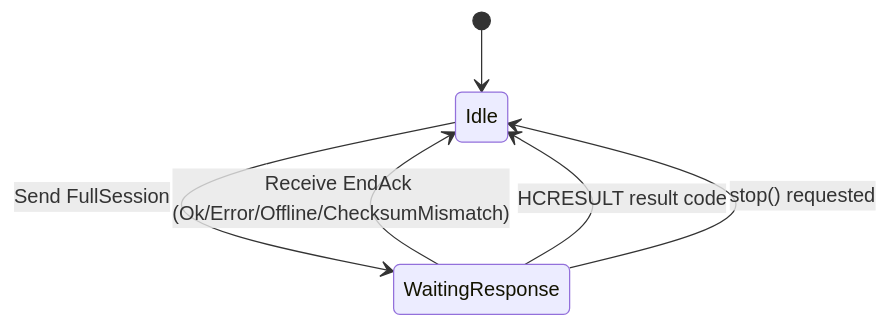
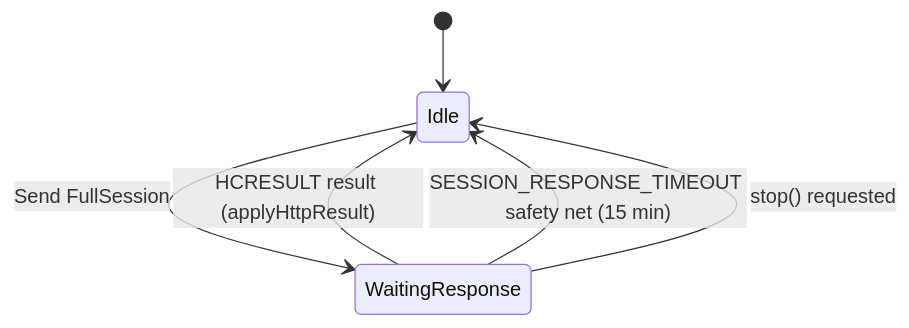
The diagram in docs/ref/modules/utils/sync-protocol/lifecycle.md (wazuh/wazuh), drawn with Mermaid before and after one commit. The commit also changed other lines of this file and 55 other files, not shown here.

````diff
--- a/docs/ref/modules/utils/sync-protocol/lifecycle.md
+++ b/docs/ref/modules/utils/sync-protocol/lifecycle.md
@@ -127,9 +125,9 @@
 ```mermaid
 stateDiagram-v2
     [*] --> Idle
 
     Idle --> WaitingResponse: Send FullSession
-    WaitingResponse --> Idle: Receive EndAck (Ok/Error/Offline/ChecksumMismatch)
-    WaitingResponse --> Idle: HCRESULT result code
+    WaitingResponse --> Idle: HCRESULT result (applyHttpResult)
+    WaitingResponse --> Idle: SESSION_RESPONSE_TIMEOUT safety net (15 min)
     WaitingResponse --> Idle: stop() requested
 ```
````
